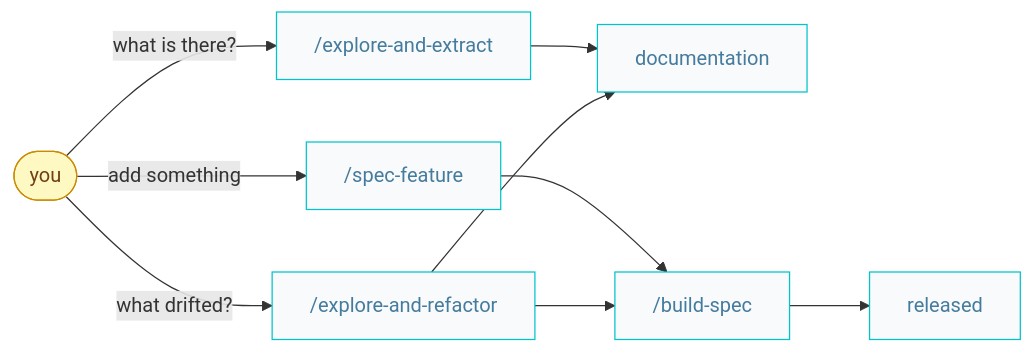
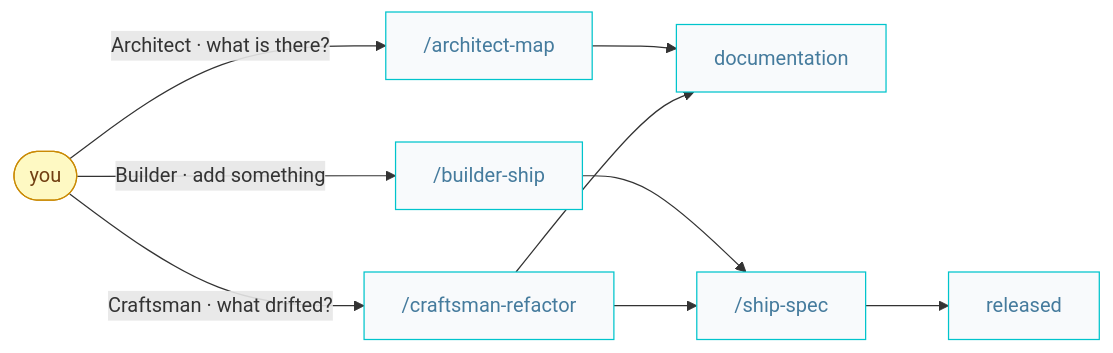
Before and after one commit to AIDDbot/AIDDbot: the first of 4 diagrams in docs/AIDD.workflow.md, drawn with Mermaid. The commit also changed other lines of this file and 10 other files, not shown here.

````diff
--- a/docs/AIDD.workflow.md
+++ b/docs/AIDD.workflow.md
@@ -24,17 +26,17 @@
 ```mermaid
 flowchart LR
   classDef nd fill:#f8fafc,stroke:#00c4cc,color:#457b9d
   classDef hum fill:#fef9c3,stroke:#ca8a04,color:#713f12
 
   YOU([you]):::hum
 
-  YOU -->|"what is there?"| EXP["/explore-and-extract"]:::nd
-  YOU -->|"add something"| FEA["/spec-feature"]:::nd
-  YOU -->|"what drifted?"| DRF["/explore-and-refactor"]:::nd
+  YOU -->|"Architect · what is there?"| EXP["/architect-map"]:::nd
+  YOU -->|"Builder · add something"| FEA["/builder-ship"]:::nd
+  YOU -->|"Craftsman · what drifted?"| DRF["/craftsman-refactor"]:::nd
 
   EXP --> DOC["documentation"]:::nd
-  FEA --> BLD["/build-spec"]:::nd
+  FEA --> SHIP["/ship-spec"]:::nd
   DRF --> DOC
-  DRF --> BLD
-  BLD --> REL["released"]:::nd
+  DRF --> SHIP
+  SHIP --> REL["released"]:::nd
 ```
````
